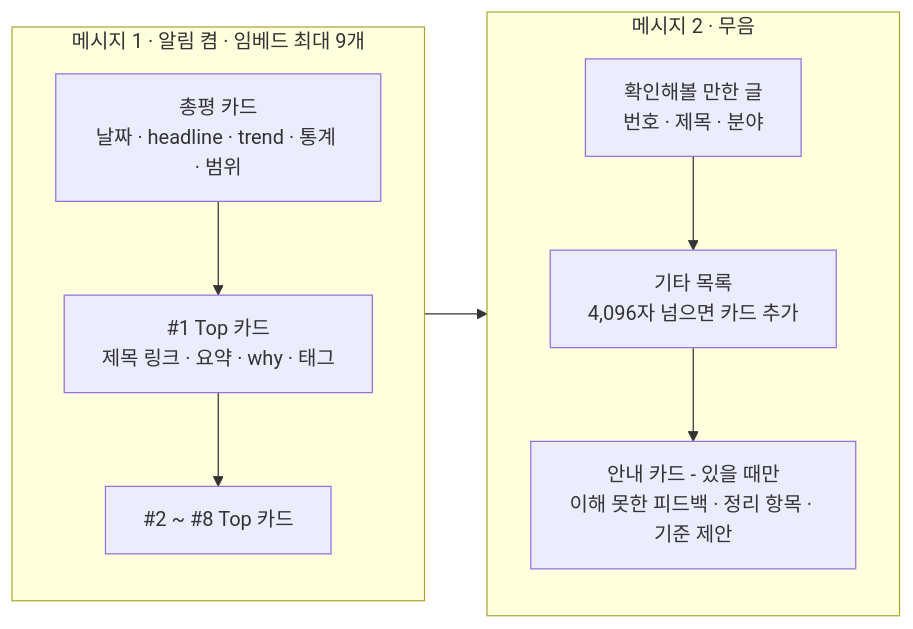
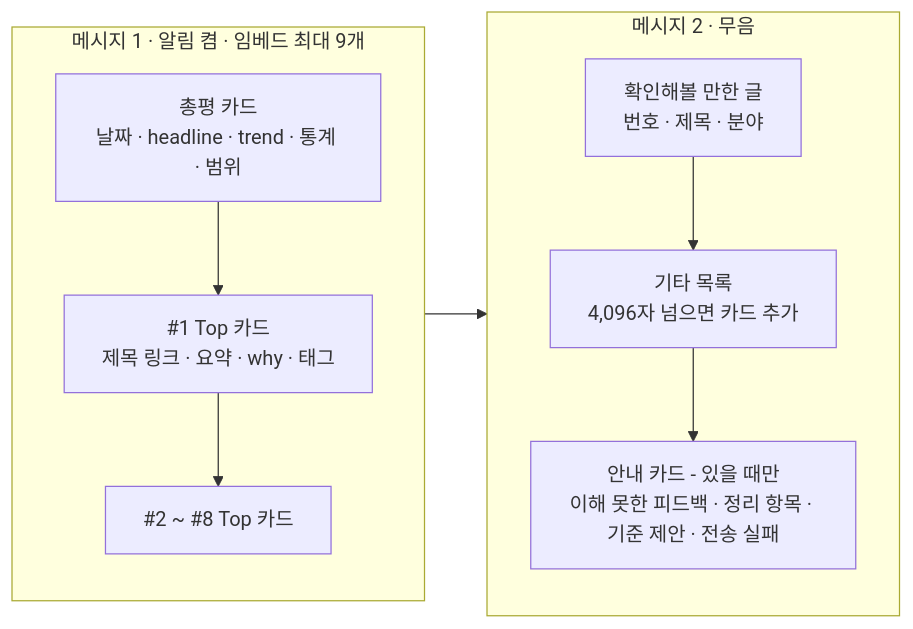
One commit to jomin4/pi-geeknews_digest changed the diagram in docs/06-discord-report.md. Above: the diagram before and after it, drawn with Mermaid. The commit also changed other lines of this file and 8 other files, not shown here.

````diff
--- a/docs/06-discord-report.md
+++ b/docs/06-discord-report.md
@@ -16,16 +16,16 @@
 ```mermaid
 flowchart LR
   subgraph M1["메시지 1 · 알림 켬 · 임베드 최대 9개"]
     H["총평 카드<br/>날짜 · headline · trend · 통계 · 범위"]
     T1["#1 Top 카드<br/>제목 링크 · 요약 · why · 태그"]
     T2["#2 ~ #8 Top 카드"]
     H --> T1 --> T2
   end
   subgraph M2["메시지 2 · 무음"]
     MB["확인해볼 만한 글<br/>번호 · 제목 · 분야"]
     OT["기타 목록<br/>4,096자 넘으면 카드 추가"]
-    NT["안내 카드 - 있을 때만<br/>이해 못한 피드백 · 정리 항목 · 기준 제안"]
+    NT["안내 카드 - 있을 때만<br/>이해 못한 피드백 · 정리 항목 · 기준 제안 · 전송 실패"]
     MB --> OT --> NT
   end
   M1 --> M2
 ```
````
